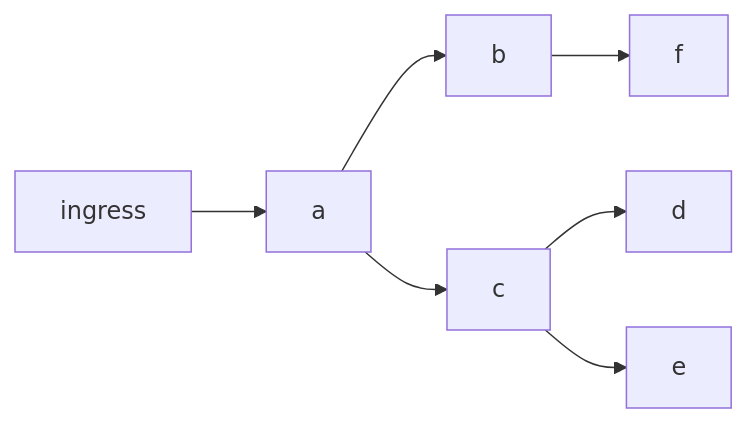
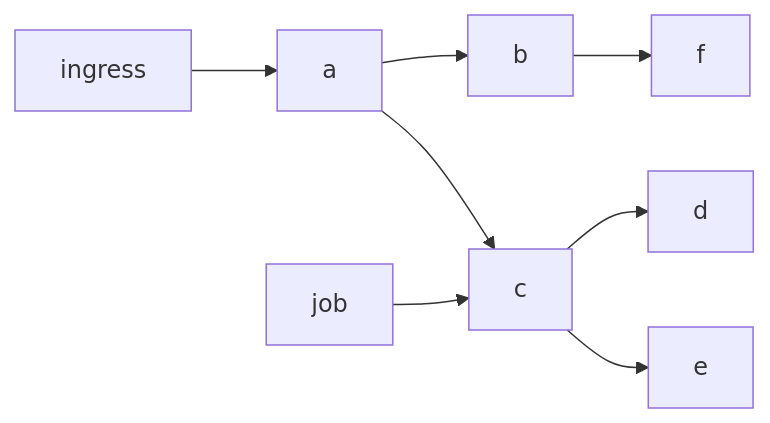
Before and after one commit to kumahq/kuma: the fourth of 4 diagrams in docs/madr/decisions/031-automatic-rechable-services.md, drawn with Mermaid. The commit also changed other lines of this file, not shown here.

Commit message:
feat(reachableservices): add job that calls service c in graph

````diff
--- a/docs/madr/decisions/031-automatic-rechable-services.md
+++ b/docs/madr/decisions/031-automatic-rechable-services.md
@@ -216,6 +214,7 @@
 ```mermaid
 flowchart LR
 ingress --> a --> b & c 
+job --> c
 c --> d & e
 b --> f
 ```
````
